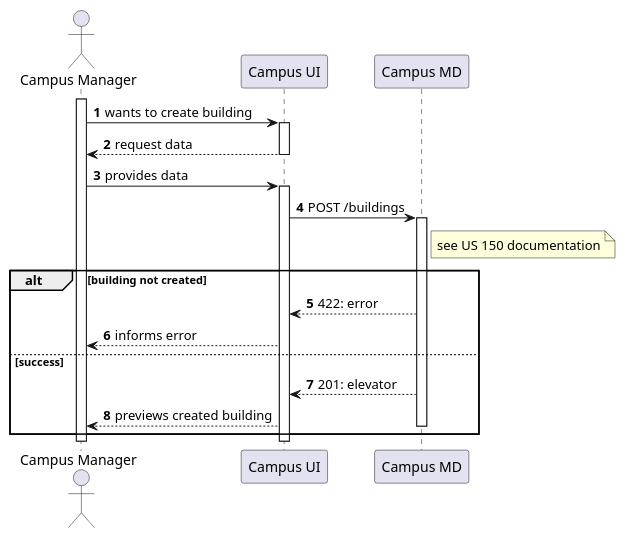
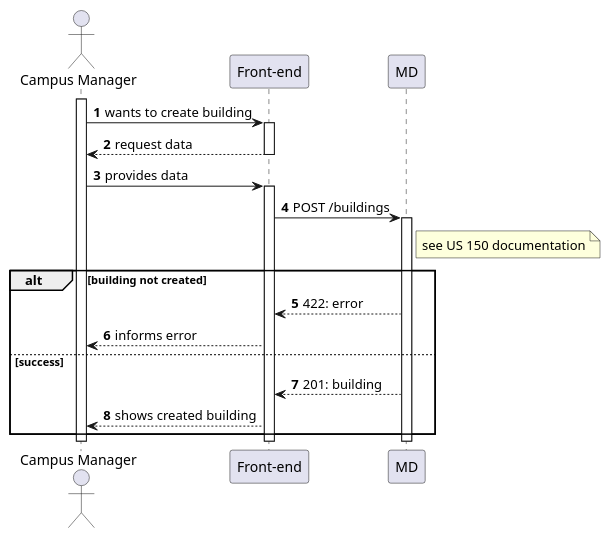
One commit to Departamento-de-Engenharia-Informatica/lapr5-23-24-g19 changed the diagram in docs/us1050/level2/process-view.puml. Above: the diagram before and after it, drawn with PlantUML. The commit also changed 4 other files, not shown here.

```diff
--- a/docs/us1050/level2/process-view.puml
+++ b/docs/us1050/level2/process-view.puml
@@ -1,36 +1,34 @@
 @startuml
 autonumber
 
 actor "Campus Manager" as usr
 
-participant "Campus UI" as ui
+participant "Front-end" as ui
 
-'TODO: call it just 'MD'?
-participant "Campus MD" as md
+participant "MD" as md
 
 activate usr
     usr -> ui : wants to create building
     activate ui
         ui --> usr : request data
     deactivate ui
 
     usr -> ui : provides data
     activate ui
         ui -> md : POST /buildings
         activate md
             note right of md : see US 150 documentation
 
             alt building not created
                 md --> ui : 422: error
                 ui --> usr : informs error
             else success
-                md --> ui : 201: elevator
-                ui --> usr : previews created building
-
+                md --> ui : 201: building
+                ui --> usr : shows created building
+            end
         deactivate md
 
-        end
     deactivate ui
 deactivate usr
 
 @enduml
```
